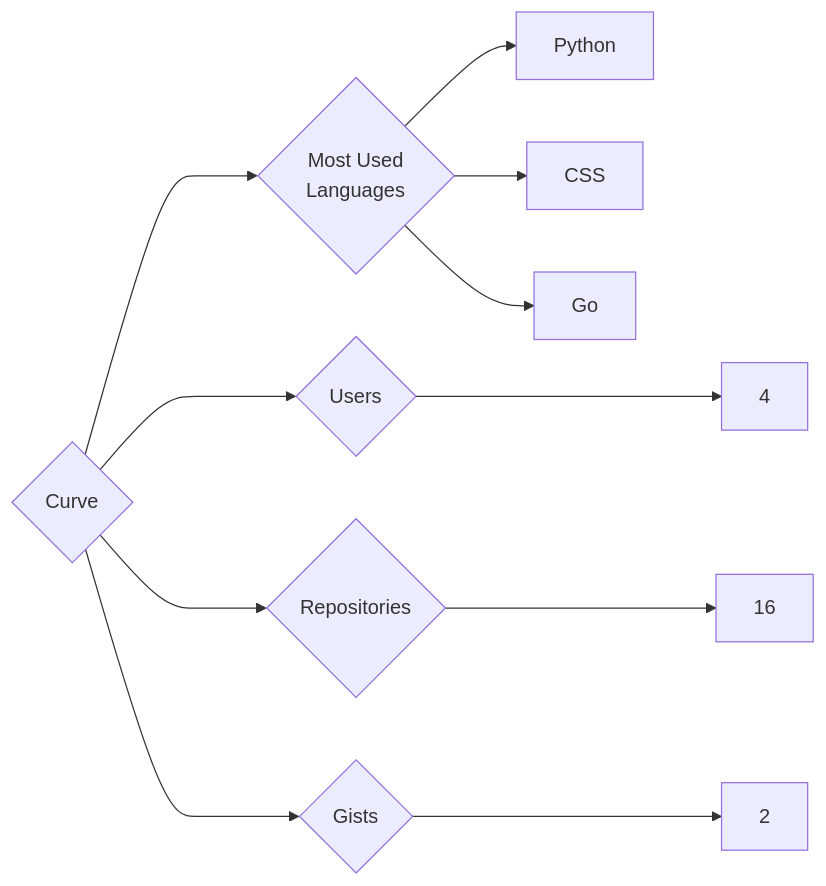
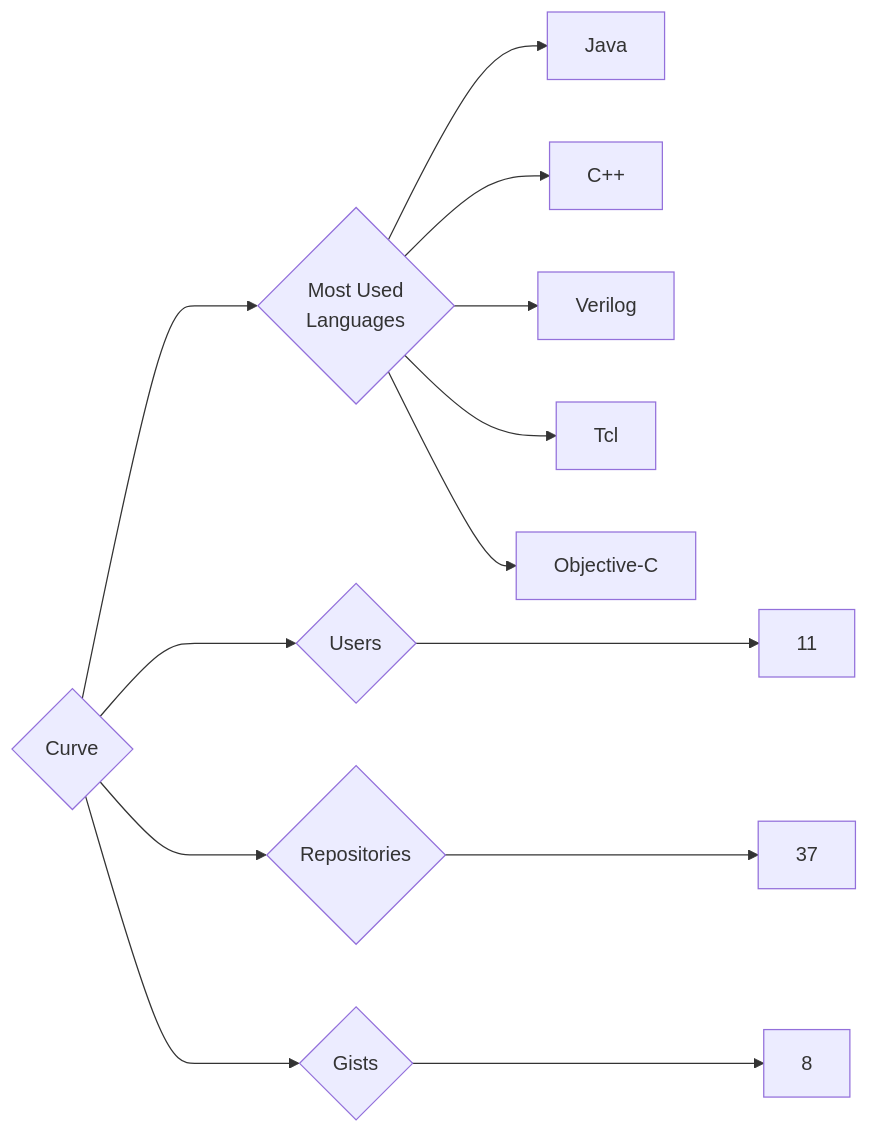
The diagram in targets/Curve/README.md (trickest/insiders), drawn with Mermaid before and after one commit. The commit also changed 1175 other files, not shown here.

````diff
--- a/targets/Curve/README.md
+++ b/targets/Curve/README.md
@@ -3,11 +3,13 @@
 ```mermaid
 graph LR
 COMPANY_NAME{Curve}
-COMPANY_NAME ---> U{Users} ---> UN[4]
-COMPANY_NAME ---> R{Repositories} ---> RN[16]
-COMPANY_NAME ---> G{Gists} ---> GN[2]
+COMPANY_NAME ---> U{Users} ---> UN[11]
+COMPANY_NAME ---> R{Repositories} ---> RN[37]
+COMPANY_NAME ---> G{Gists} ---> GN[8]
 COMPANY_NAME ---> ML{Most Used<br>Languages}
-ML --> Python[Python]
-ML --> CSS[CSS]
-ML --> Go[Go]
+ML --> Java[Java]
+ML --> C++[C++]
+ML --> Verilog[Verilog]
+ML --> Tcl[Tcl]
+ML --> Objective-C[Objective-C]
 ```
````
